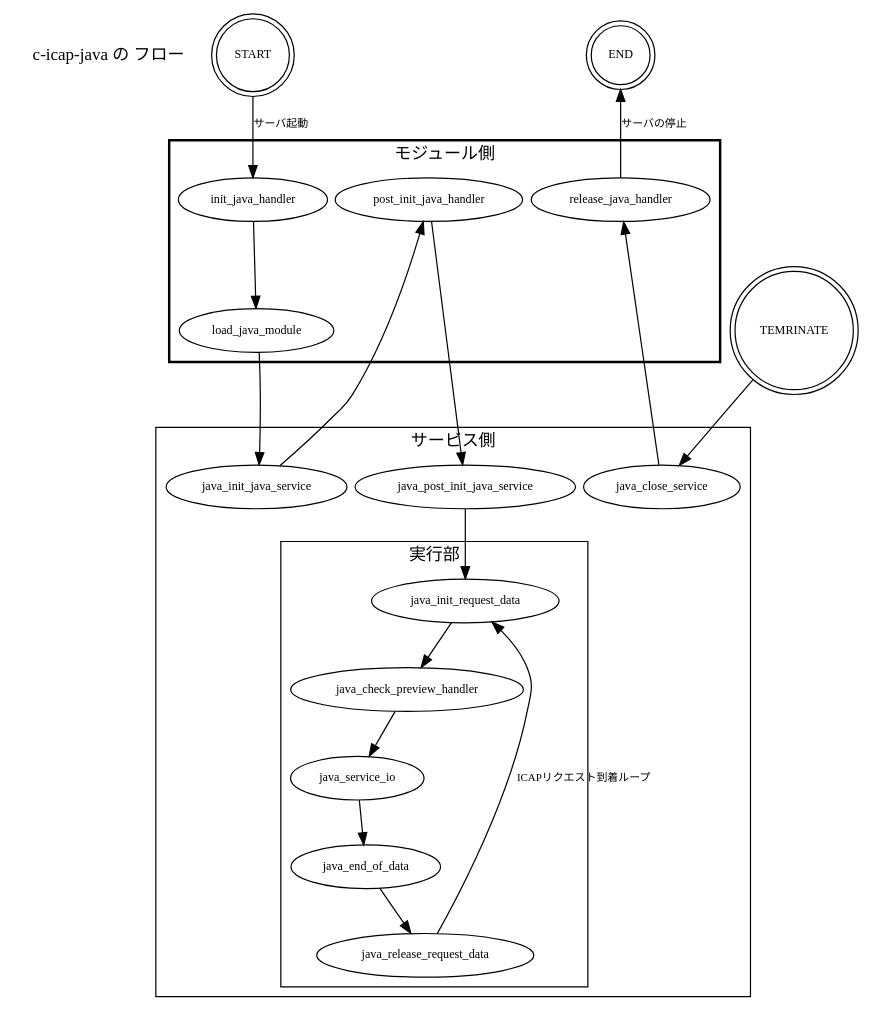
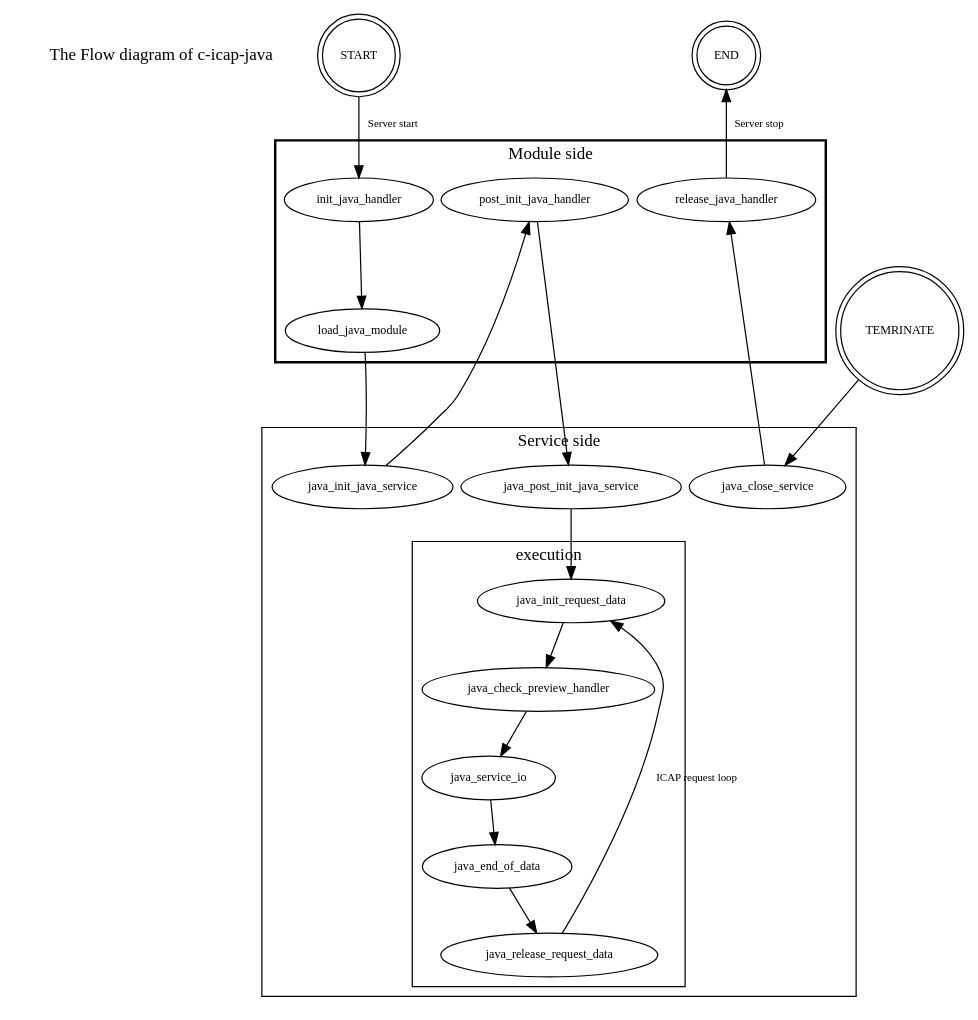
Before and after one commit to syakesaba/c-icap-java: the diagram in flow.dot, drawn with Graphviz. The commit also changed 1 other file, not shown here.

Commit message:
flow JP -> EN

```diff
--- a/flow.dot
+++ b/flow.dot
@@ -1,81 +1,81 @@
 #!/usr/bin/env dot -Tjpg -o flow.jpg
 
 /*
 Graphviz - DOT language writing!
 */
 digraph Diagram {
-    PROFILE [label = "c-icap-java の フロー", shape=none];
+    PROFILE [label = "The Flow diagram of c-icap-java", shape=none];
     nodesep=0.1;
     //デフォルトノード
     node [fontsize=10];
     //デフォルトエッジ
     edge [fontsize=9];
 
 
     START [shape=doublecircle]
 
-    START -> init_handler [label="サーバ起動"]
+    START -> init_handler [label="Server start"]
 
     //c-icap module
     subgraph clusterModuleFunctions {
-        label = "モジュール側";
+        label = "Module side";
         style = bold;
         init_handler [label="init_java_handler"];
         load_module [label="load_java_module"];
         post_init_handler [label="post_init_java_handler"];
         release_handler [label="release_java_handler"];
     }
     //c-icap service
     subgraph clusterServiceFunctions {
-        label = "サービス側";
+        label = "Service side";
         init_service [label="java_init_java_service"];
         post_init_service [label="java_post_init_java_service"];
 
         subgraph clusterRunningFunctions {
-            label = "実行部";
+            label = "execution";
             init_request_data [label="java_init_request_data"];
             check_preview_handler [label="java_check_preview_handler"];
             service_io [label="java_service_io"];
             end_of_data [label="java_end_of_data"];
             release_request_data [label="java_release_request_data"];
         }
 
         close_service [label="java_close_service"];
     }
 
-    {edge[style=invis]; //透明アローで、配置を近くする
+    {edge[style=invis]; //inivisible allow fix layout.
         {init_handler load_module} -> {init_service post_init_service};
     }
 
     subgraph clusterInitFlow {
         init_handler -> load_module;
         load_module -> init_service [label=""];
         init_service -> post_init_handler [label=""];
         post_init_handler -> post_init_service [label=""];
     }
 
     post_init_service -> init_request_data [label=""]
 
     subgraph clusterRunFlow {
         init_request_data -> check_preview_handler [label=""];
         check_preview_handler -> service_io [label=""];
         service_io -> end_of_data [label=""];
         end_of_data -> release_request_data [label=""];
 
-        release_request_data -> init_request_data [label="ICAPリクエスト到着ループ"];//ループ
+        release_request_data -> init_request_data [label="ICAP request loop"];//ループ
     }
 
     SIGTERM [shape=doublecircle, label="TEMRINATE"]
 
     subgraph HaltFlow {
         SIGTERM -> close_service [label=""];
         close_service -> release_handler [label=""];
     }
 
     END [shape=doublecircle];
 
-    release_handler -> END [label="サーバの停止"];
+    release_handler -> END [label="Server stop"];
 
     { rank=same; START END } //配置を一緒の階層にする
 
 }
```
